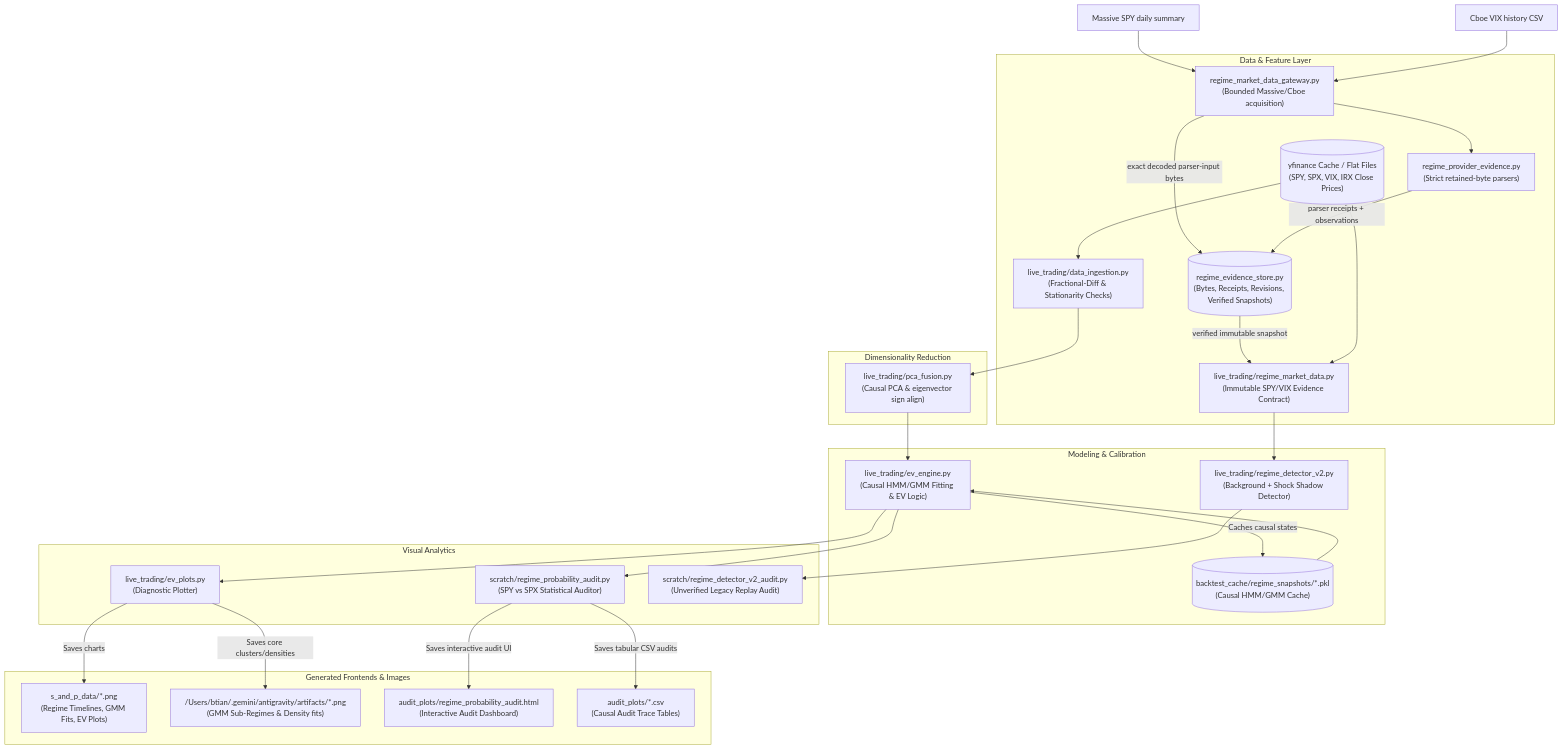
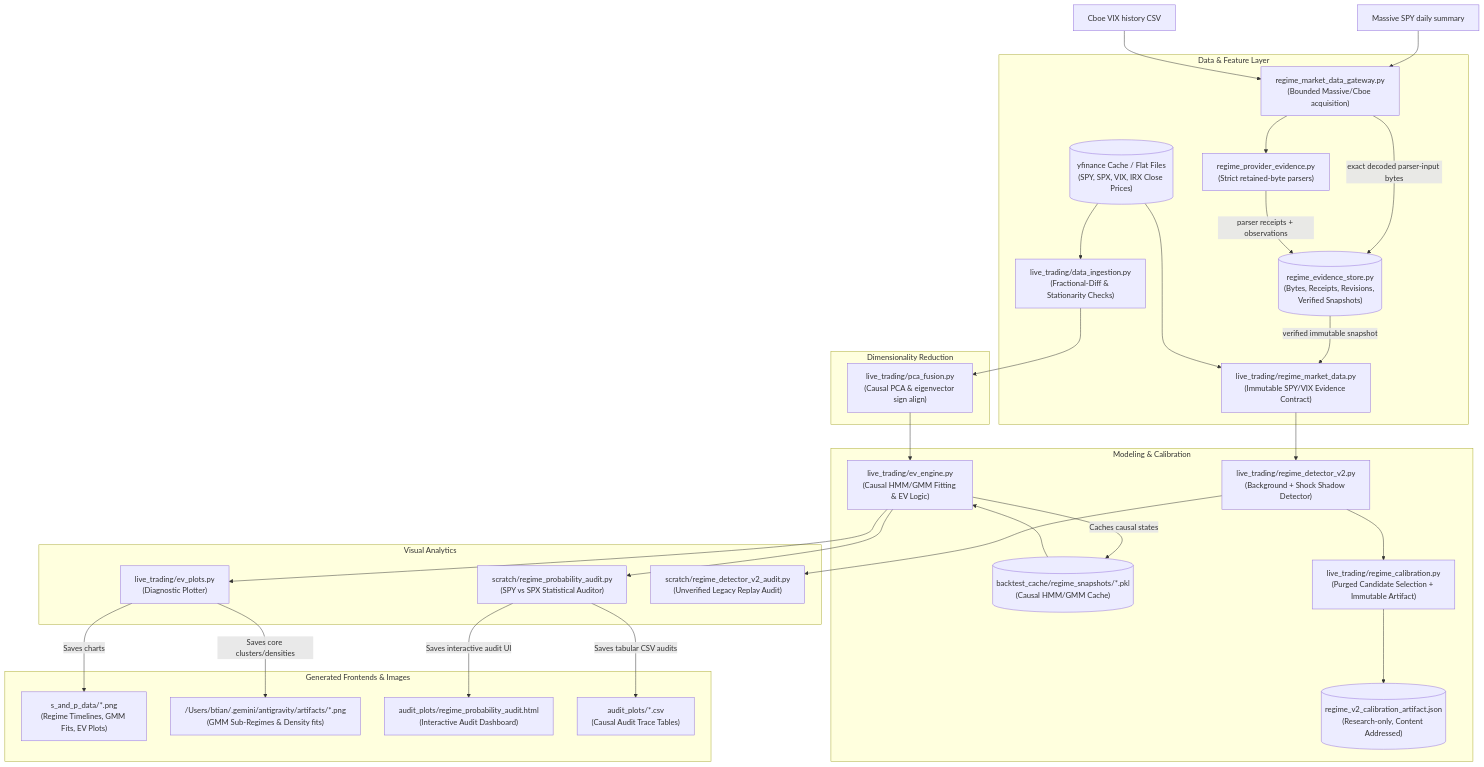
Before and after one commit to tbt316/etrade_quant_trading: the second of 2 diagrams in etrade_python_client/docs/project_overview.md, drawn with Mermaid. The commit also changed other lines of this file and 10 other files, not shown here.

Commit message:
Add causal regime calibration and validation

````diff
--- a/etrade_python_client/docs/project_overview.md
+++ b/etrade_python_client/docs/project_overview.md
@@ -57,55 +57,59 @@
 ```mermaid
 flowchart TD
     subgraph Data & Feature Layer
         DI["live_trading/data_ingestion.py<br/>(Fractional-Diff & Stationarity Checks)"]
         YF[("yfinance Cache / Flat Files<br/>(SPY, SPX, VIX, IRX Close Prices)")]
         MPG["regime_market_data_gateway.py<br/>(Bounded Massive/Cboe acquisition)"]
         RPE["regime_provider_evidence.py<br/>(Strict retained-byte parsers)"]
         RMD["live_trading/regime_market_data.py<br/>(Immutable SPY/VIX Evidence Contract)"]
         RES[("regime_evidence_store.py<br/>(Bytes, Receipts, Revisions, Verified Snapshots)")]
     end
 
     subgraph Dimensionality Reduction
         PF["live_trading/pca_fusion.py<br/>(Causal PCA & eigenvector sign align)"]
     end
 
     subgraph Modeling & Calibration
         EE["live_trading/ev_engine.py<br/>(Causal HMM/GMM Fitting & EV Logic)"]
         Snap[("backtest_cache/regime_snapshots/*.pkl<br/>(Causal HMM/GMM Cache)")]
         RD2["live_trading/regime_detector_v2.py<br/>(Background + Shock Shadow Detector)"]
+        RCAL["live_trading/regime_calibration.py<br/>(Purged Candidate Selection + Immutable Artifact)"]
+        RART[("regime_v2_calibration_artifact.json<br/>(Research-only, Content Addressed)")]
     end
 
     subgraph Visual Analytics
         EP["live_trading/ev_plots.py<br/>(Diagnostic Plotter)"]
         RPA["scratch/regime_probability_audit.py<br/>(SPY vs SPX Statistical Auditor)"]
         RVA["scratch/regime_detector_v2_audit.py<br/>(Unverified Legacy Replay Audit)"]
     end
 
     subgraph Generated Frontends & Images
         PNGS["s_and_p_data/*.png<br/>(Regime Timelines, GMM Fits, EV Plots)"]
         ARTS["/Users/btian/.gemini/antigravity/artifacts/*.png<br/>(GMM Sub-Regimes & Density fits)"]
         AUD["audit_plots/regime_probability_audit.html<br/>(Interactive Audit Dashboard)"]
         CSVS["audit_plots/*.csv<br/>(Causal Audit Trace Tables)"]
     end
 
     Massive["Massive SPY daily summary"] --> MPG
     Cboe["Cboe VIX history CSV"] --> MPG
     MPG -->|"exact decoded parser-input bytes"| RES
     MPG --> RPE
     RPE -->|"parser receipts + observations"| RES
     RES -->|"verified immutable snapshot"| RMD
     YF --> DI
     YF --> RMD
     RMD --> RD2
+    RD2 --> RCAL
+    RCAL --> RART
     RD2 --> RVA
     DI --> PF
     PF --> EE
     EE -->|Caches causal states| Snap
     Snap --> EE
     EE --> EP
     EE --> RPA
     EP -->|Saves charts| PNGS
     EP -->|Saves core clusters/densities| ARTS
     RPA -->|Saves interactive audit UI| AUD
     RPA -->|Saves tabular CSV audits| CSVS
 ```
````
